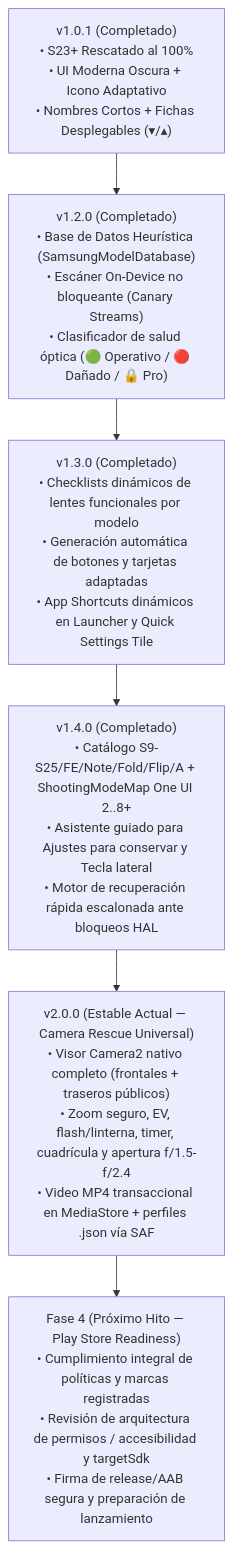
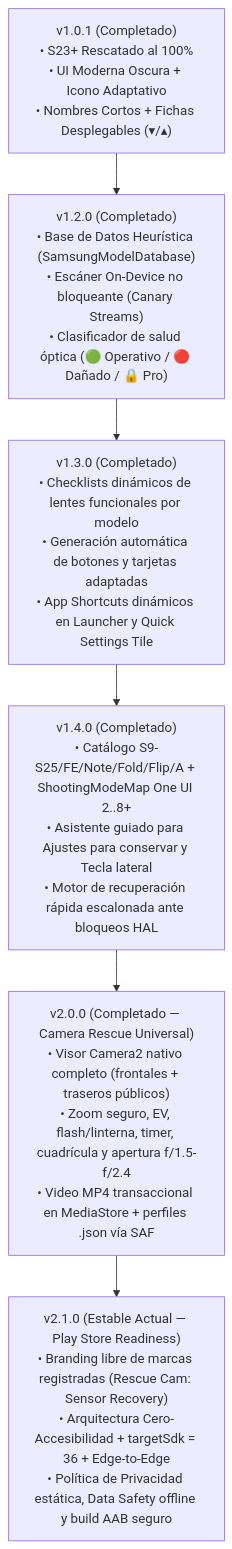
Before and after one commit to benedetto597/camera-rescue: the diagram in docs/ROADMAP.md, drawn with Mermaid. The commit also changed other lines of this file and 5 other files, not shown here.

Commit message:
docs: update README, SECURITY, ROADMAP, architecture, and v2.1.0 Play Store-ready APK

````diff
--- a/docs/ROADMAP.md
+++ b/docs/ROADMAP.md
@@ -11,20 +13,20 @@
 ```mermaid
 flowchart TD
     v101["v1.0.1 (Completado)<br/>• S23+ Rescatado al 100%<br/>• UI Moderna Oscura + Icono Adaptativo<br/>• Nombres Cortos + Fichas Desplegables (▾/▴)"]
     
     v120["v1.2.0 (Completado)<br/>• Base de Datos Heurística (SamsungModelDatabase)<br/>• Escáner On-Device no bloqueante (Canary Streams)<br/>• Clasificador de salud óptica (🟢 Operativo / 🔴 Dañado / 🔒 Pro)"]
     
     v130["v1.3.0 (Completado)<br/>• Checklists dinámicos de lentes funcionales por modelo<br/>• Generación automática de botones y tarjetas adaptadas<br/>• App Shortcuts dinámicos en Launcher y Quick Settings Tile"]
     
     v140["v1.4.0 (Completado)<br/>• Catálogo S9-S25/FE/Note/Fold/Flip/A + ShootingModeMap One UI 2..8+<br/>• Asistente guiado para Ajustes para conservar y Tecla lateral<br/>• Motor de recuperación rápida escalonada ante bloqueos HAL"]
     
-    v200["v2.0.0 (Estable Actual — Camera Rescue Universal)<br/>• Visor Camera2 nativo completo (frontales + traseros públicos)<br/>• Zoom seguro, EV, flash/linterna, timer, cuadrícula y apertura f/1.5-f/2.4<br/>• Video MP4 transaccional en MediaStore + perfiles .json vía SAF"]
+    v200["v2.0.0 (Completado — Camera Rescue Universal)<br/>• Visor Camera2 nativo completo (frontales + traseros públicos)<br/>• Zoom seguro, EV, flash/linterna, timer, cuadrícula y apertura f/1.5-f/2.4<br/>• Video MP4 transaccional en MediaStore + perfiles .json vía SAF"]
 
-    vnext["Fase 4 (Próximo Hito — Play Store Readiness)<br/>• Cumplimiento integral de políticas y marcas registradas<br/>• Revisión de arquitectura de permisos / accesibilidad y targetSdk<br/>• Firma de release/AAB segura y preparación de lanzamiento"]
+    v210["v2.1.0 (Estable Actual — Play Store Readiness)<br/>• Branding libre de marcas registradas (Rescue Cam: Sensor Recovery)<br/>• Arquitectura Cero-Accesibilidad + targetSdk = 36 + Edge-to-Edge<br/>• Política de Privacidad estática, Data Safety offline y build AAB seguro"]
 
     v101 --> v120
     v120 --> v130
     v130 --> v140
     v140 --> v200
-    v200 --> vnext
+    v200 --> v210
 ```
````
